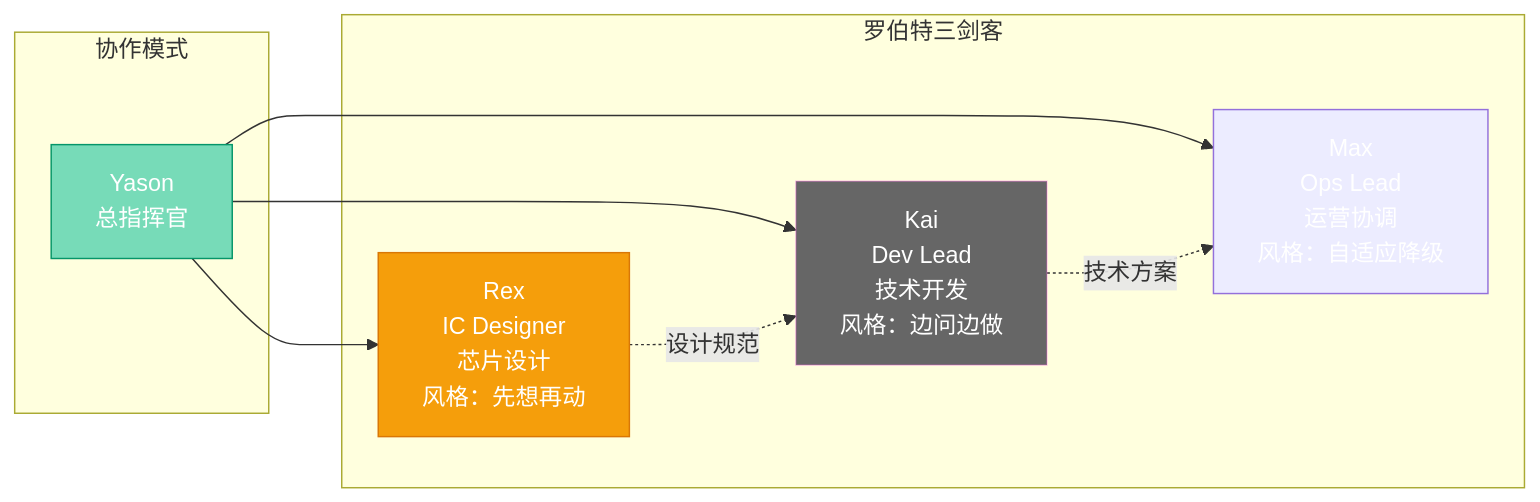
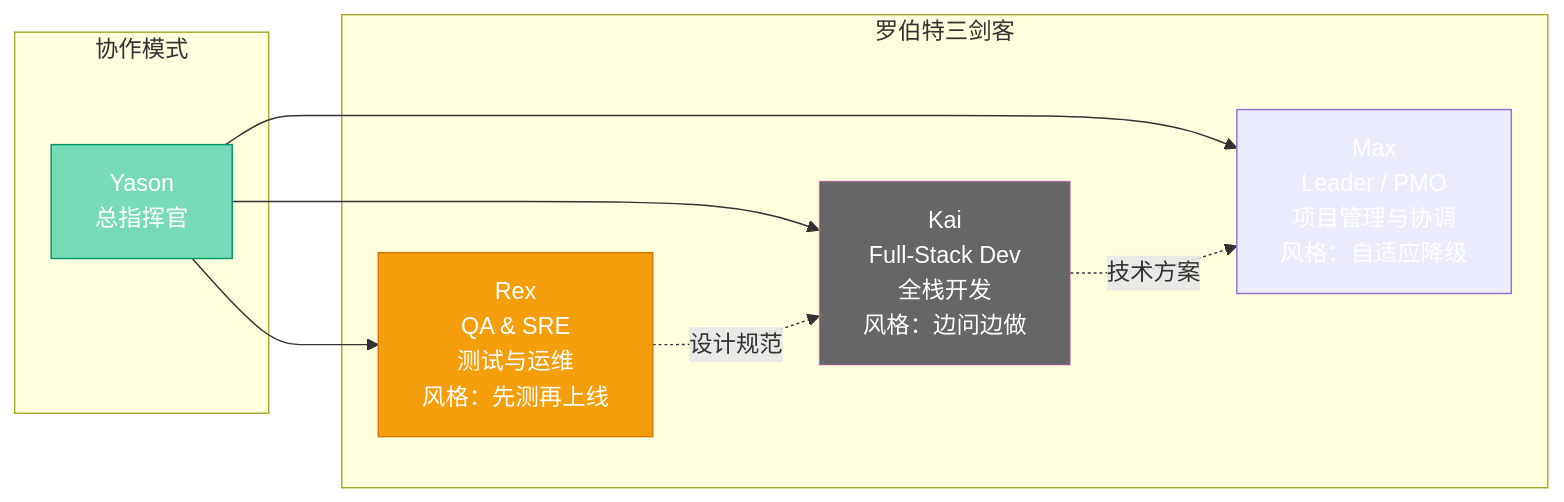
The second of 3 diagrams in posts/yason-and-roberts/zh/ch02.md (VokoForge/ai-prism), drawn with Mermaid before and after one commit. The commit also changed other lines of this file and 29 other files, not shown here.

````diff
--- a/posts/yason-and-roberts/zh/ch02.md
+++ b/posts/yason-and-roberts/zh/ch02.md
@@ -109,23 +110,23 @@
 ```mermaid
 graph LR
     subgraph "罗伯特三剑客"
-        K[Kai<br>Dev Lead<br> 技术开发<br>风格：边问边做]
-        R[Rex<br>IC Designer<br> 芯片设计<br>风格：先想再动]
-        M[Max<br>Ops Lead<br> 运营协调<br>风格：自适应降级]
+        K[Kai<br>Full-Stack Dev<br> 全栈开发<br>风格：边问边做]
+        R[Rex<br>QA & SRE<br> 测试与运维<br>风格：先测再上线]
+        M[Max<br>Leader / PMO<br> 项目管理与协调<br>风格：自适应降级]
     end
 
     subgraph "协作模式"
         Y[Yason<br>总指挥官]
     end
 
     Y --> K
     Y --> R
     Y --> M
     K -.->|技术方案| M
     R -.->|设计规范| K
 
     style K fill:#666f,stroke:#f6e5,color:#fff
     style R fill:#f59e0b,stroke:#d97706,color:#fff
     style M fill:#ec899,stroke:#be85d,color:#fff
     style Y fill:#0b98,stroke:#059669,color:#fff
 ```
````
